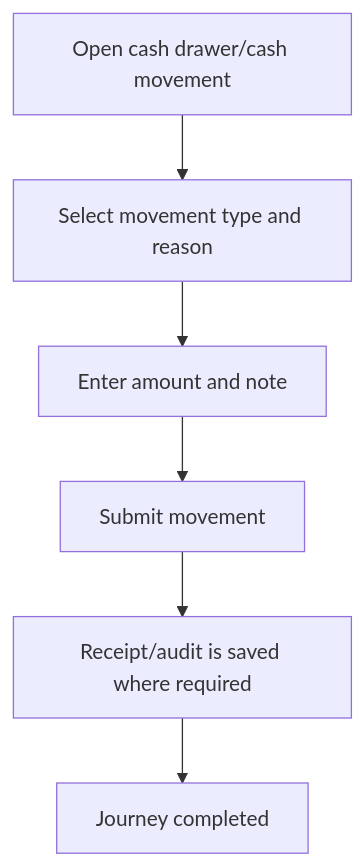
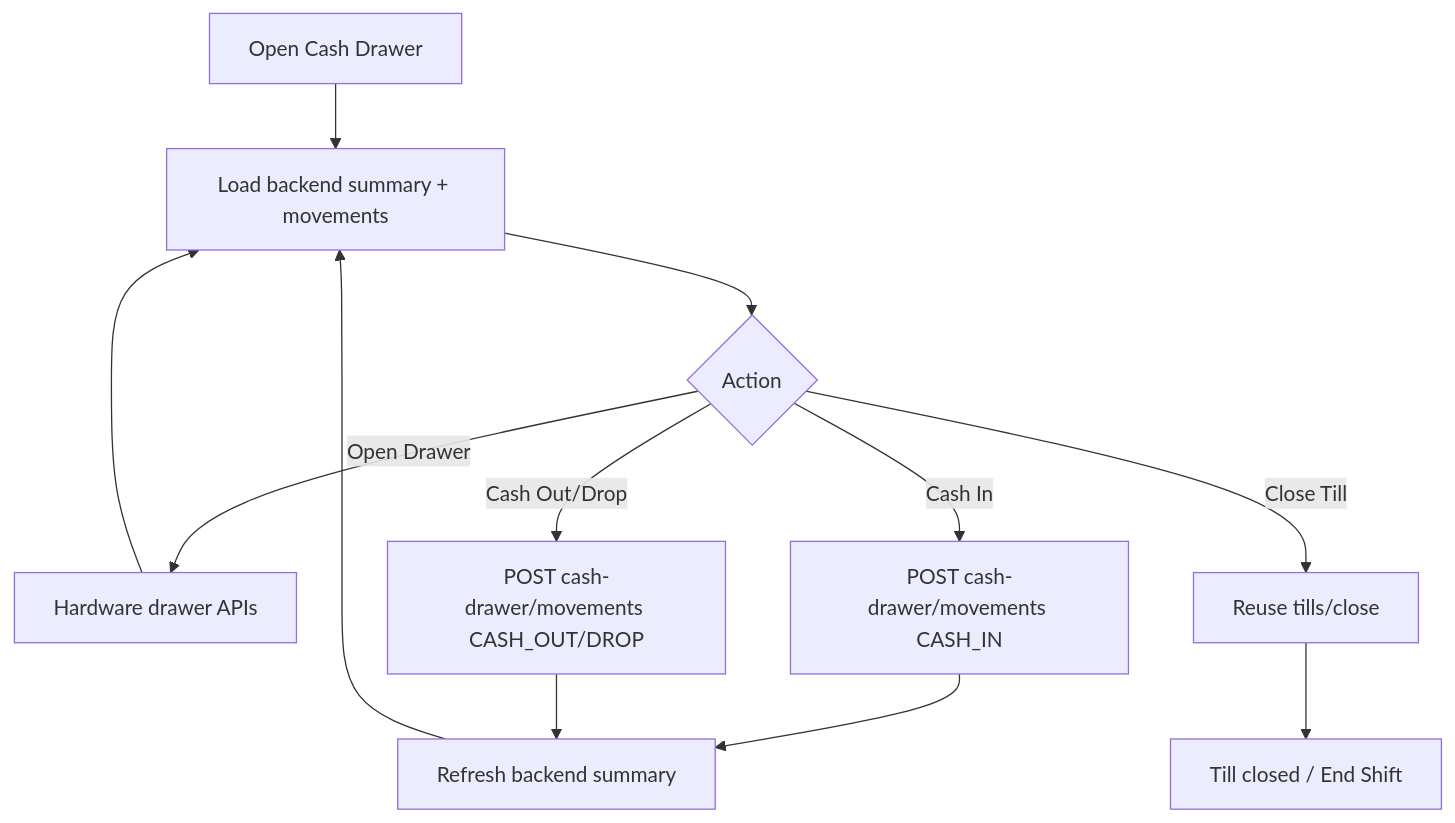
One commit to unicomproject/Pos-system-Knowledge changed the diagram in 03_USER_JOURNEYS/Cashier/10_Cash_In_Out_Flow.md. Above: the diagram before and after it, drawn with Mermaid. The commit also changed other lines of this file and 130 other files, not shown here.

Commit message:
open till screen completed

````diff
--- a/03_USER_JOURNEYS/Cashier/10_Cash_In_Out_Flow.md
+++ b/03_USER_JOURNEYS/Cashier/10_Cash_In_Out_Flow.md
@@ -46,9 +55,15 @@
 ```mermaid
 flowchart TD
-    S1[Open cash drawer/cash movement]
-    S1 --> S2[Select movement type and reason]
-    S2 --> S3[Enter amount and note]
-    S3 --> S4[Submit movement]
-    S4 --> S5[Receipt/audit is saved where required]
-    S5 --> Done[Journey completed]
+    S1[Open Cash Drawer]
+    S1 --> S2[Load backend summary + movements]
+    S2 --> A{Action}
+    A -->|Open Drawer| H[Hardware drawer APIs]
+    A -->|Cash In| CI[POST cash-drawer/movements CASH_IN]
+    A -->|Cash Out/Drop| CO[POST cash-drawer/movements CASH_OUT/DROP]
+    A -->|Close Till| CT[Reuse tills/close]
+    CI --> R[Refresh backend summary]
+    CO --> R
+    H --> S2
+    CT --> Done[Till closed / End Shift]
+    R --> S2
 ```
````
